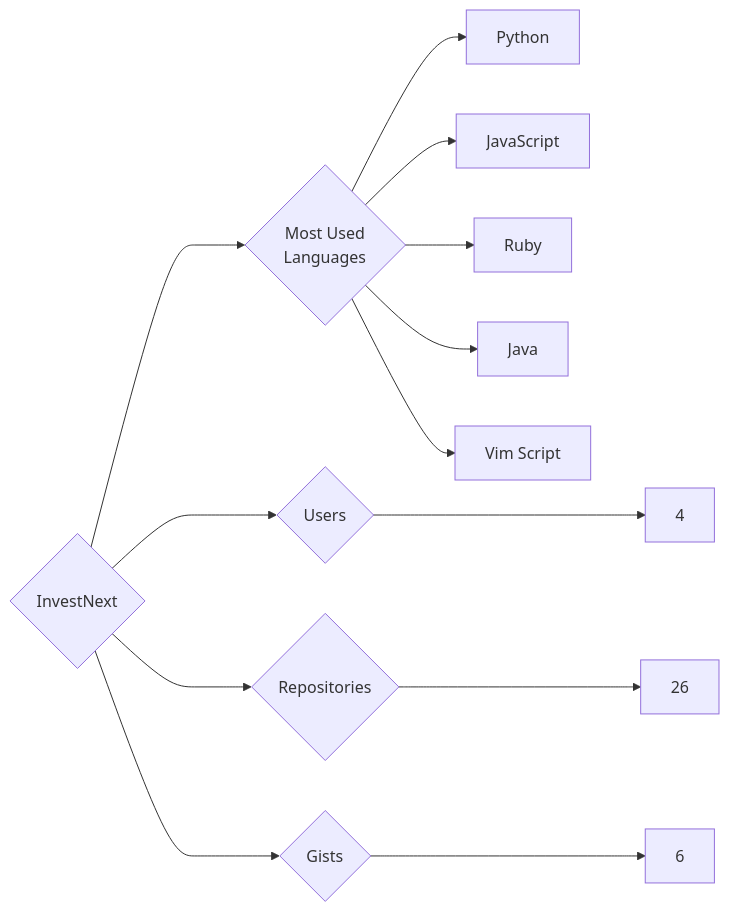
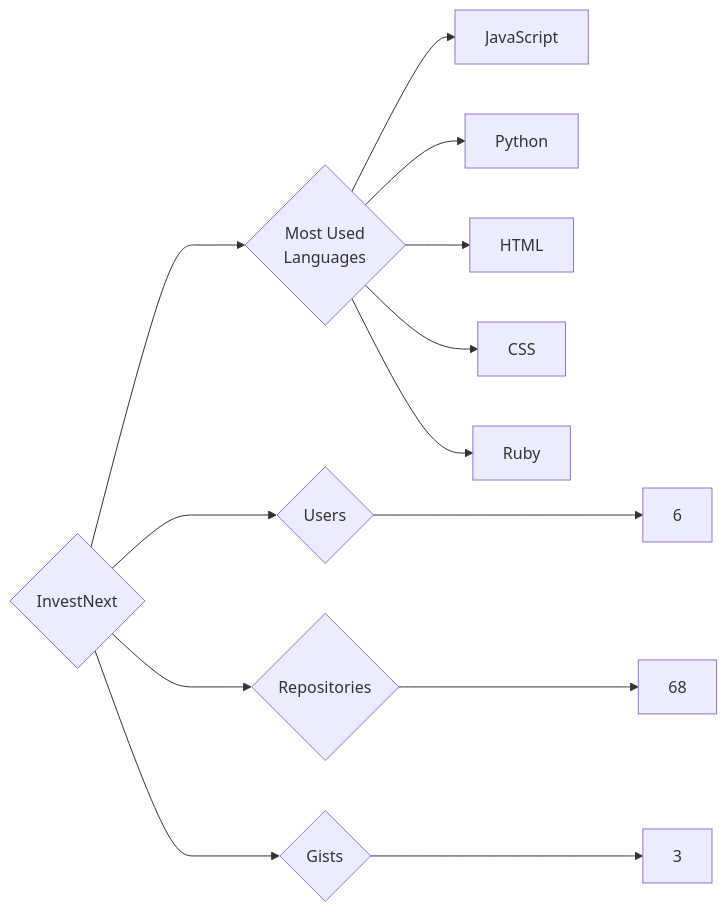
Before and after one commit to trickest/insiders: the diagram in targets/InvestNext/README.md, drawn with Mermaid. The commit also changed 1030 other files, not shown here.

````diff
--- a/targets/InvestNext/README.md
+++ b/targets/InvestNext/README.md
@@ -3,13 +3,13 @@
 ```mermaid
 graph LR
 COMPANY_NAME{InvestNext}
-COMPANY_NAME ---> U{Users} ---> UN[4]
-COMPANY_NAME ---> R{Repositories} ---> RN[26]
-COMPANY_NAME ---> G{Gists} ---> GN[6]
+COMPANY_NAME ---> U{Users} ---> UN[6]
+COMPANY_NAME ---> R{Repositories} ---> RN[68]
+COMPANY_NAME ---> G{Gists} ---> GN[3]
 COMPANY_NAME ---> ML{Most Used<br>Languages}
+ML --> JavaScript[JavaScript]
 ML --> Python[Python]
-ML --> JavaScript[JavaScript]
+ML --> HTML[HTML]
+ML --> CSS[CSS]
 ML --> Ruby[Ruby]
-ML --> Java[Java]
-ML --> Vim_Script[Vim Script]
 ```
````
